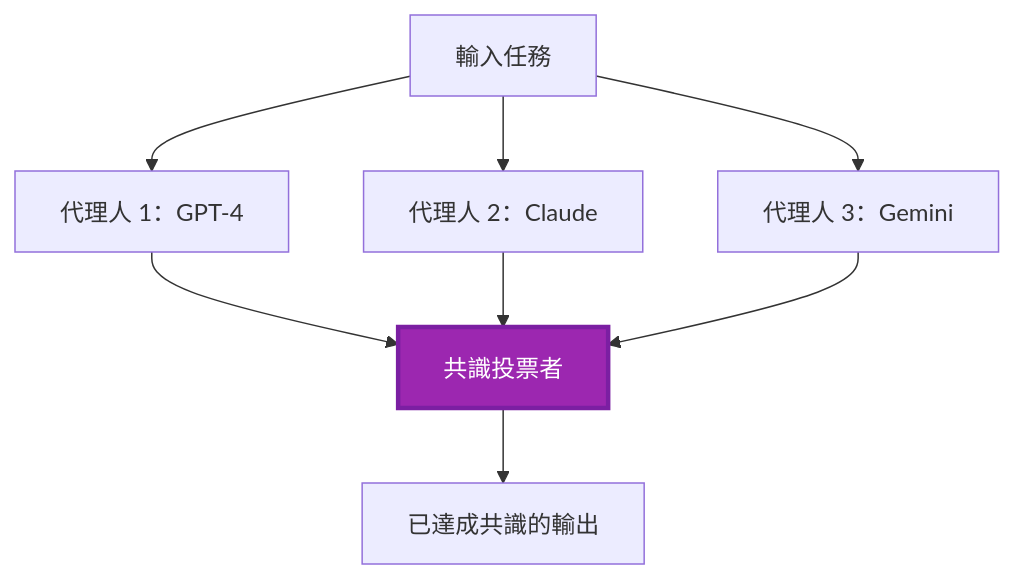
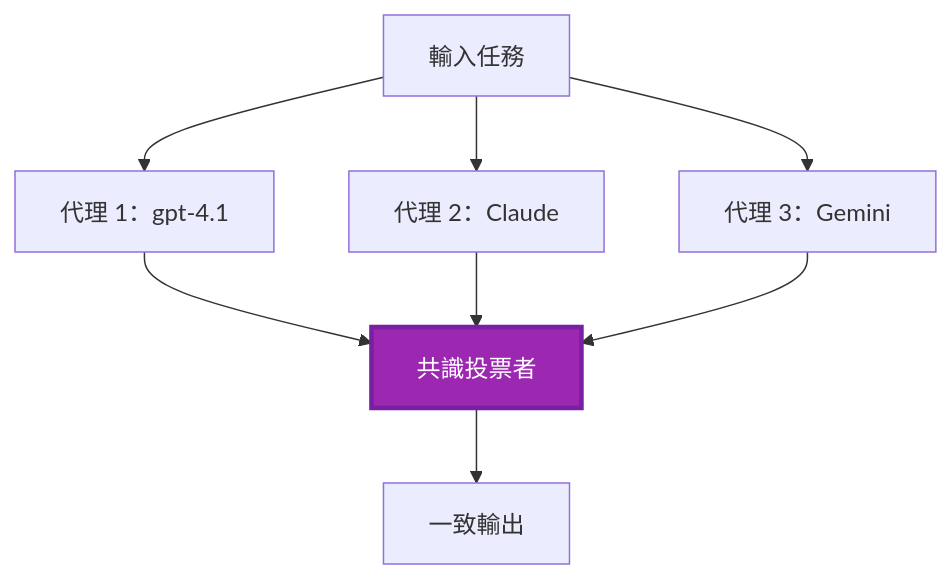
Before and after one commit to microsoft/AZD-for-beginners: the fifth of 6 diagrams in translations/zh-HK/docs/chapter-06-pre-deployment/coordination-patterns.md, drawn with Mermaid. The commit also changed other lines of this file and 101 other files, not shown here.

````diff
--- a/translations/zh-HK/docs/chapter-06-pre-deployment/coordination-patterns.md
+++ b/translations/zh-HK/docs/chapter-06-pre-deployment/coordination-patterns.md
@@ -231,19 +225,19 @@
 ```mermaid
 graph TB
     Input[輸入任務]
-    Agent1[代理人 1：GPT-4]
-    Agent2[代理人 2：Claude]
-    Agent3[代理人 3：Gemini]
+    Agent1[代理 1：gpt-4.1]
+    Agent2[代理 2：Claude]
+    Agent3[代理 3：Gemini]
     Voter[共識投票者]
-    Output[已達成共識的輸出]
+    Output[一致輸出]
     
     Input --> Agent1
     Input --> Agent2
     Input --> Agent3
     Agent1 --> Voter
     Agent2 --> Voter
     Agent3 --> Voter
     Voter --> Output
     
     style Voter fill:#9C27B0,stroke:#7B1FA2,stroke-width:3px,color:#fff
 ```
````
